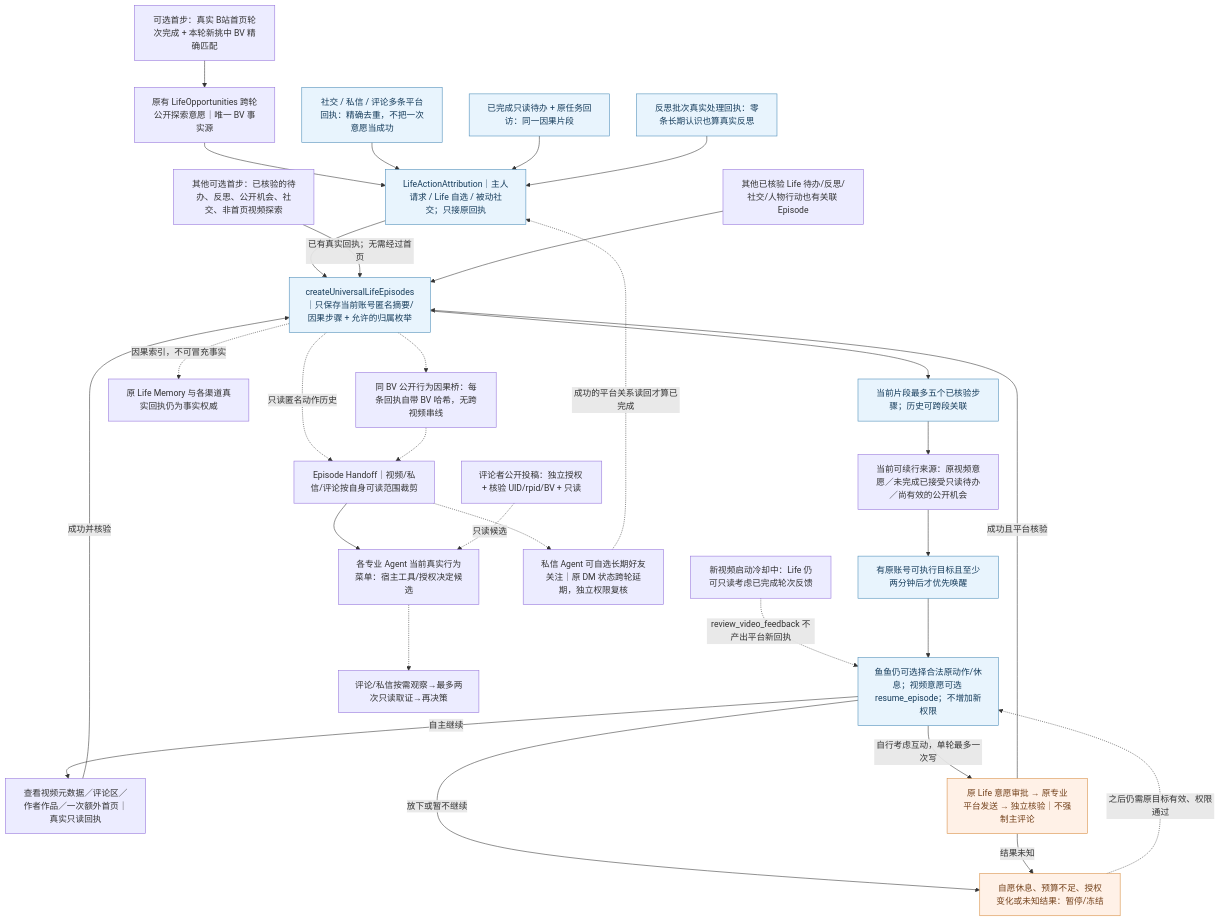
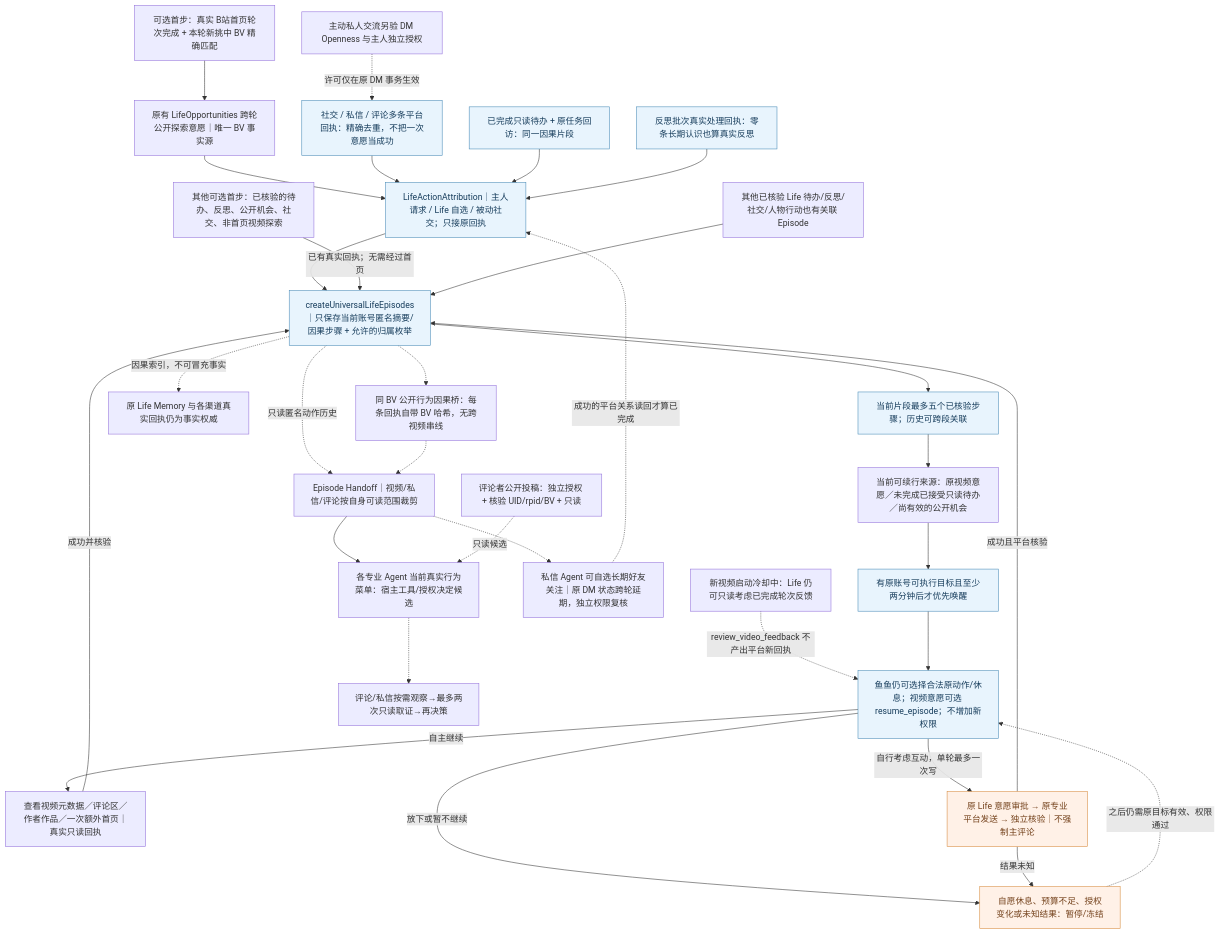
Before and after one commit to minedalang/dsh-dafeiyu-life: the diagram in docs/architecture/diagrams/life-universal-episodes-current.mmd, drawn with Mermaid. The commit also changed 26 other files, not shown here.

First line of the commit message:
feat(life): dev.74 建立三维关系与主动私信资格

```diff
--- a/docs/architecture/diagrams/life-universal-episodes-current.mmd
+++ b/docs/architecture/diagrams/life-universal-episodes-current.mmd
@@ -1,84 +1,89 @@
+%% dev.74：评论区的自然熟悉度不形成主动私信资格，Episode 不赋予新权限。
 %% dev.73：普通自主 Life 最短间隔不再由 2 分钟经验/片段续接绕过；真实入站社交独立快唤醒。
 %% 管理页只读并列展示线索、契机与待办；Life 已批准不等于平台送达，待回执不能标为中断。
 %% dev.37 统一归属 + dev.36 Universal Episode：有意义的自主动作共享因果归属，不改变原平台授权
 flowchart TB
   child["可选首步：真实 B站首页轮次完成 + 本轮新挑中 BV 精确匹配"]
   firstOther["其他可选首步：已核验的待办、反思、公开机会、社交、非首页视频探索"]
   eligible["当前可续行来源：原视频意愿／未完成已接受只读待办／尚有效的公开机会"]
   canonical["原有 LifeOpportunities 跨轮公开探索意愿｜唯一 BV 事实源"]
   attribution["LifeActionAttribution｜主人请求 / Life 自选 / 被动社交；只接原回执"]
   socialReceipt["社交 / 私信 / 评论多条平台回执：精确去重，不把一次意愿当成功"]
+  socialContact["主动私人交流另验 DM Openness 与主人独立授权"]
   todoReceipt["已完成只读待办 + 原任务回访：同一因果片段"]
   reflectionReceipt["反思批次真实处理回执：零条长期认识也算真实反思"]
   videoFeedback["新视频启动冷却中：Life 仍可只读考虑已完成轮次反馈"]
   record["createUniversalLifeEpisodes｜只保存当前账号匿名摘要/因果步骤 + 允许的归属枚举"]
   context["当前片段最多五个已核验步骤；历史可跨段关联"]
   due["有原账号可执行目标且至少两分钟后才优先唤醒"]
   menu["鱼鱼仍可选择合法原动作/休息；视频意愿可选 resume_episode；不增加新权限"]
   read["查看视频元数据／评论区／作者作品／一次额外首页｜真实只读回执"]
   write["原 Life 意愿审批 → 原专业平台发送 → 独立核验｜不强制主评论"]
   pause["自愿休息、预算不足、授权变化或未知结果：暂停/冻结"]
   other["其他已核验 Life 待办/反思/社交/人物行动也有关联 Episode"]
   memory["原 Life Memory 与各渠道真实回执仍为事实权威"]
   child --> canonical --> attribution --> record
+  socialContact -.->|许可仅在原 DM 事务生效| socialReceipt
   socialReceipt --> attribution
   todoReceipt --> attribution
   reflectionReceipt --> attribution
   firstOther -->|已有真实回执；无需经过首页| record
   videoFeedback -.->|review_video_feedback 不产出平台新回执| menu
   record --> context --> eligible --> due --> menu
   menu -->|自主继续| read -->|成功并核验| record
   menu -->|自行考虑互动，单轮最多一次写| write -->|成功且平台核验| record
   menu -->|放下或暂不继续| pause
   write -->|结果未知| pause
   other --> record
   record -.->|因果索引，不可冒充事实| memory
   pause -.->|之后仍需原目标有效、权限通过| menu
   classDef safe fill:#e8f4fd,stroke:#4689b6,color:#173d5c
   classDef caveat fill:#fff1e7,stroke:#d68a3c,color:#74421c
   class record,context,menu,due,attribution,socialReceipt,todoReceipt,reflectionReceipt safe
   class pause,write caveat
 
 %% @code child | index.js | const episode=lifeOpportunities.beginHomeExploration
 %% @code canonical | lib/life-opportunities.mjs | const continuations=
 %% @code firstOther | lib/autonomous-planner.mjs | const good=new Map([
 %% @code eligible | lib/life-episode-entrypoints.mjs | export function eligibleLifeEpisodeSources
 %% @code record | lib/life-universal-episodes.mjs | export function createUniversalLifeEpisodes
 %% @code context | lib/life-universal-episodes.mjs | const view=e=>
 %% @code due | lib/life-universal-episodes.mjs | const due=(
 %% @code menu | lib/autonomous-planner.mjs | action:'resume_episode'
 %% @code read | lib/autonomous-planner.mjs | const continueLifeRead=async
 %% @code write | lib/life-video-action-bridge.mjs | createLifeVideoActionBridge
 %% @code pause | lib/life-universal-episodes.mjs | const pauseLatest=(
 %% @code other | index.js | onEpisodeAction:proof=>universalLifeEpisodes.record(proof)
 %% @code memory | lib/life-memory-coordinator.mjs | createLifeMemoryCoordinator
 
 %% @code attribution | lib/life-action-attribution.mjs | export function createLifeActionAttribution
 %% @code socialReceipt | lib/life-willingness.mjs | const exact=typeof receiptId
 %% @code todoReceipt | index.js | sourceRef:'todo:'+original.id
 %% @code reflectionReceipt | lib/life-reflection.mjs | result.receiptId=receiptId
 
 %% @code videoFeedback | lib/autonomous-planner.mjs | action:'review_video_feedback'
 
 %% dev.38 专业 Agent 局部决策复用同账号匿名因果摘要；Episode 没有发送权。
 subagentHandoff["Episode Handoff｜视频/私信/评论按自身可读范围裁剪"]
 subagentFollow["私信 Agent 可自选长期好友关注｜原 DM 状态跨轮延期，独立权限复核"]
 record -.->|只读匿名动作历史| subagentHandoff
 subagentHandoff -.-> subagentFollow
 subagentFollow -.->|成功的平台关系读回才算已完成| attribution
 %% @code subagentHandoff | lib/life-subagent-continuity.mjs | export function lifeSubagentHandoff
 %% @code subagentFollow | lib/dm-autoreply.mjs | pending.status='reserved'
 
 %% dev.40: every verified BV public action is anchored on ITS OWN step, never the whole episode.
 publicStepBridge["同 BV 公开行为因果桥：每条回执自带 BV 哈希，无跨视频串线"]
 professionalMenu["各专业 Agent 当前真实行为菜单：宿主工具/授权决定候选"]
 commentObservation["评论/私信按需观察→最多两次只读取证→再决策"]
 commentPublicPerson["评论者公开投稿：独立授权 + 核验 UID/rpid/BV + 只读"]
 record -.-> publicStepBridge -.-> subagentHandoff
 subagentHandoff --> professionalMenu
 commentPublicPerson -.->|只读候选| professionalMenu
 professionalMenu -.-> commentObservation
 %% @code publicStepBridge | lib/life-universal-episodes.mjs | const publicVideoState=bvid=>
 %% @code professionalMenu | lib/life-subagent-continuity.mjs | export function subagentActionMenu
 %% @code commentObservation | lib/interaction-batch.mjs | for(let pass=0;pass<2;pass++){
 %% @code commentPublicPerson | lib/life-public-capabilities.mjs | export async function readVerifiedCommenterPublicVideos
+
+%% @code socialContact | lib/life-friend-initiatives.mjs | const outboundEnabled=
```
